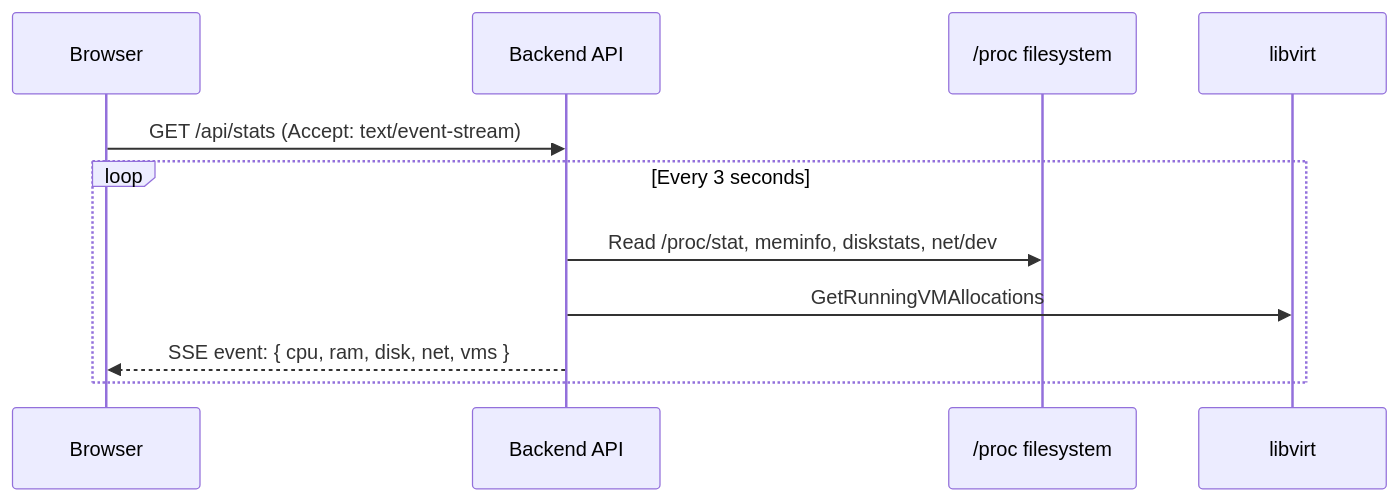
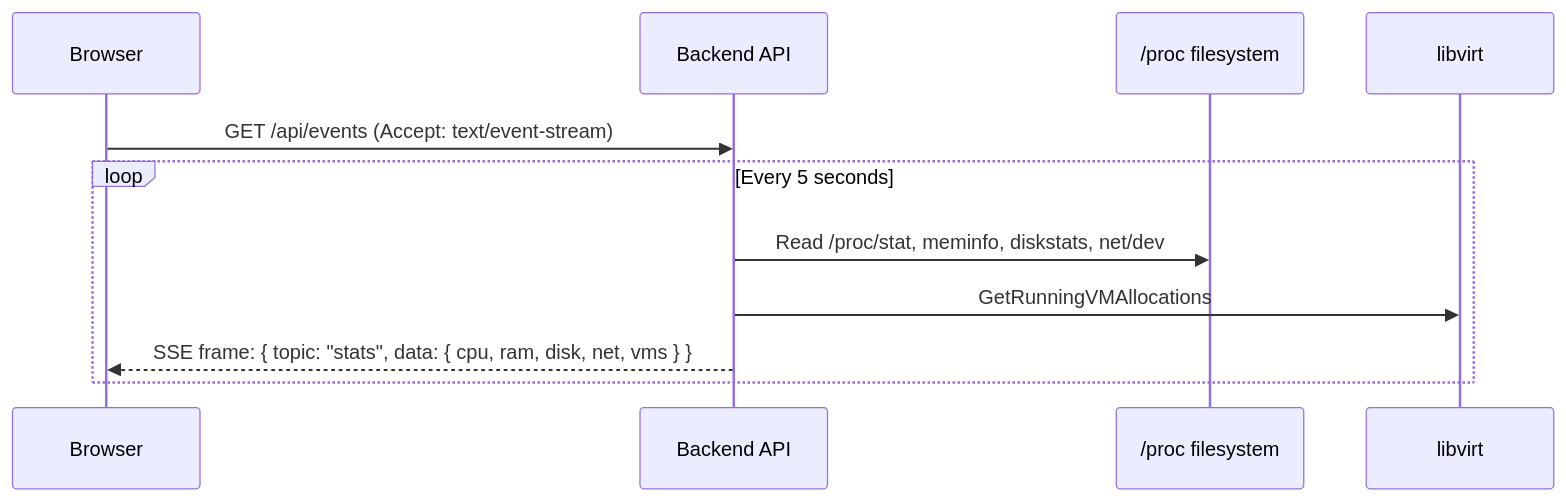
The third of 4 diagrams in docs/ARCHITECTURE.md (acdtrx/wisp), drawn with Mermaid before and after one commit. The commit also changed other lines of this file and 27 other files, not shown here.

First line of the commit message:
fix: one multiplexed /api/events SSE stream replaces five always-on streams

````diff
--- a/docs/ARCHITECTURE.md
+++ b/docs/ARCHITECTURE.md
@@ -73,14 +73,14 @@
 ```mermaid
 sequenceDiagram
     participant B as Browser
     participant A as Backend API
     participant P as /proc filesystem
     participant L as libvirt
 
-    B->>A: GET /api/stats (Accept: text/event-stream)
-    loop Every 3 seconds
+    B->>A: GET /api/events (Accept: text/event-stream)
+    loop Every 5 seconds
         A->>P: Read /proc/stat, meminfo, diskstats, net/dev
         A->>L: GetRunningVMAllocations
-        A-->>B: SSE event: { cpu, ram, disk, net, vms }
+        A-->>B: SSE frame: { topic: "stats", data: { cpu, ram, disk, net, vms } }
     end
 ```
````
